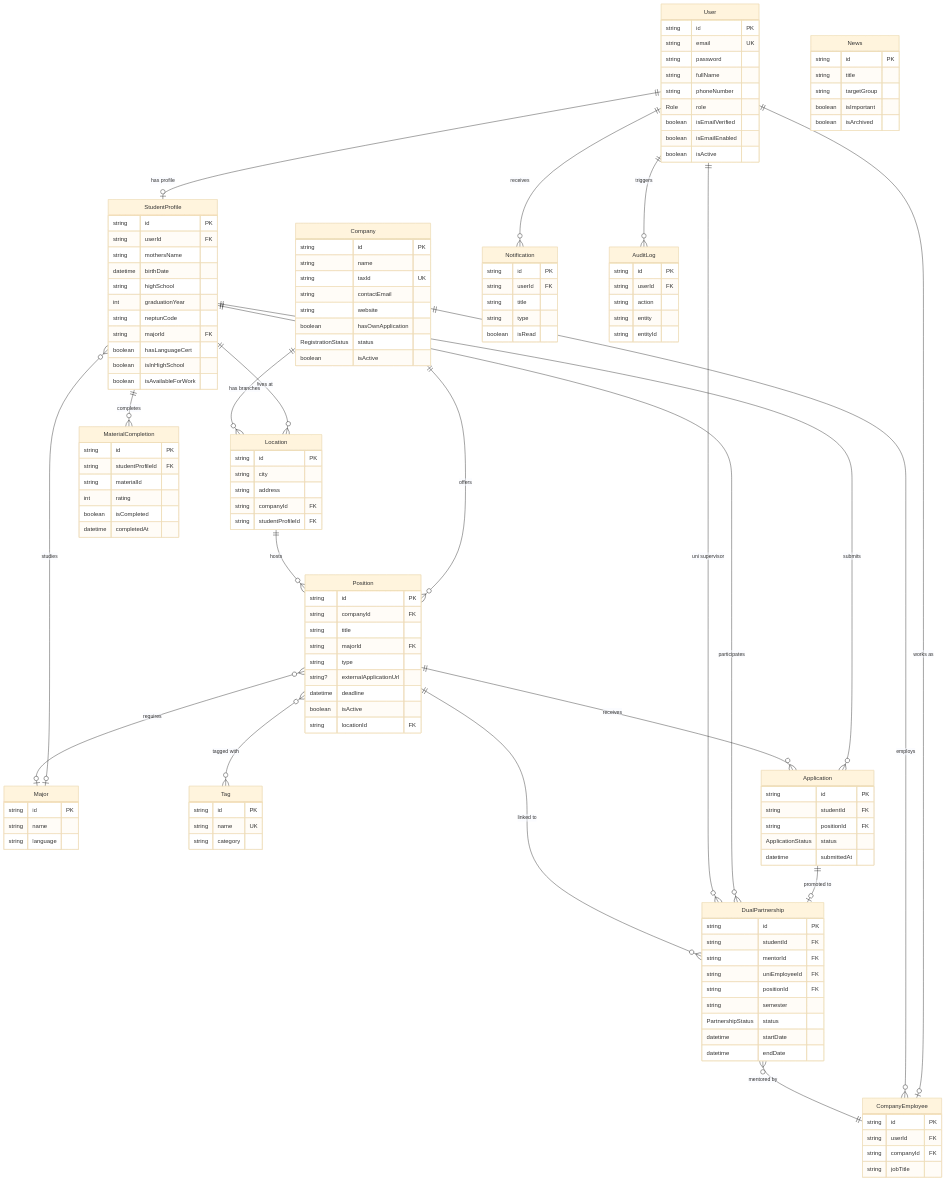
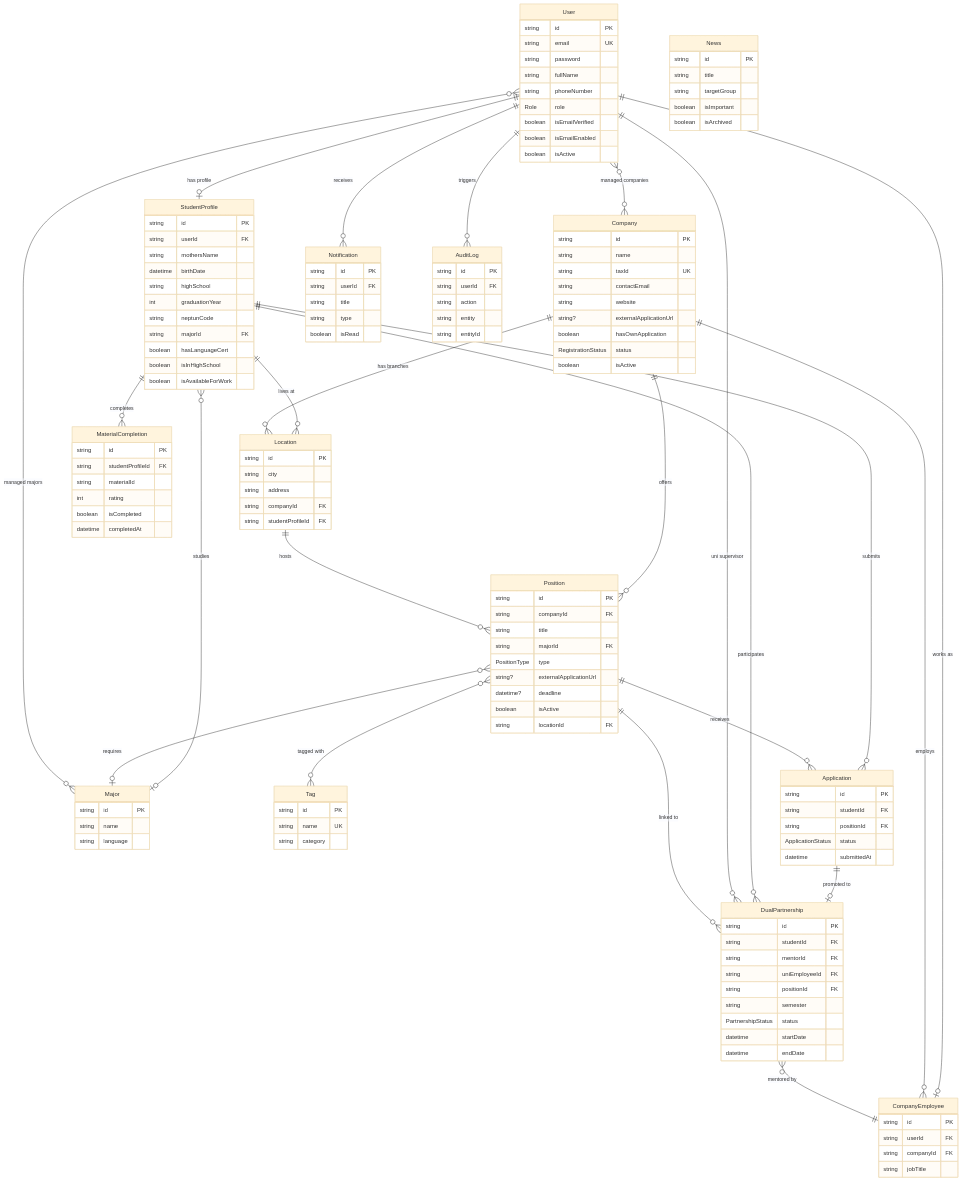
Before and after one commit to DrozsdikAdam/dual-kepzes-backend: the first of 10 diagrams in README.md, drawn with Mermaid (base theme). The commit also changed other lines of this file and 1 other file, not shown here.

````diff
--- a/README.md
+++ b/README.md
@@ -194,6 +194,7 @@
         string taxId UK
         string contactEmail
         string website
+        string? externalApplicationUrl
         boolean hasOwnApplication
         RegistrationStatus status
         boolean isActive
@@ -216,9 +217,9 @@
         string companyId FK
         string title
         string majorId FK
-        string type
+        PositionType type
         string? externalApplicationUrl
-        datetime deadline
+        datetime? deadline
         boolean isActive
         string locationId FK
     }
@@ -295,4 +296,6 @@
     DualPartnership }o--|| User : "uni supervisor"
     DualPartnership }o--|| Position : "linked to"
     StudentProfile ||--o{ MaterialCompletion : "completes"
+    User }o--o{ Major : "managed majors"
+    User }o--o{ Company : "managed companies"
 ```
````
